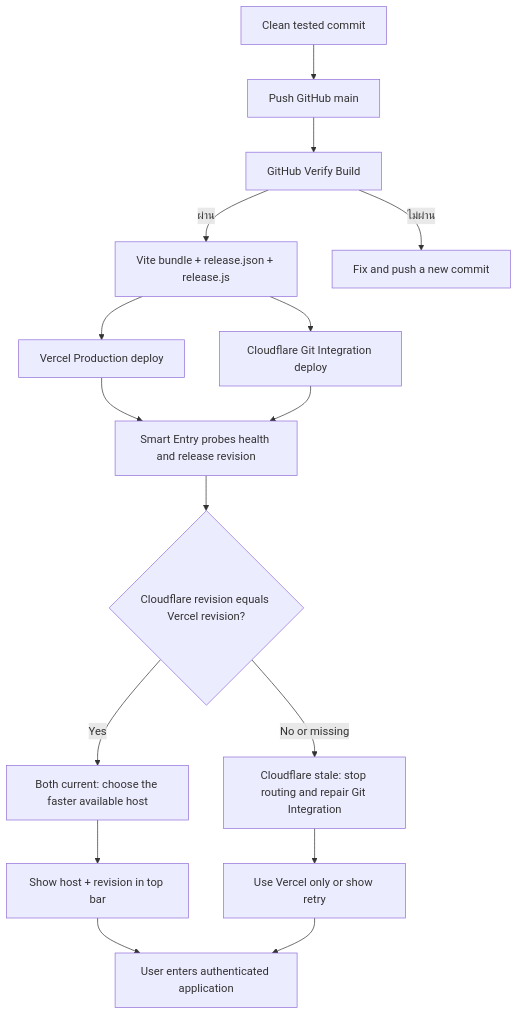
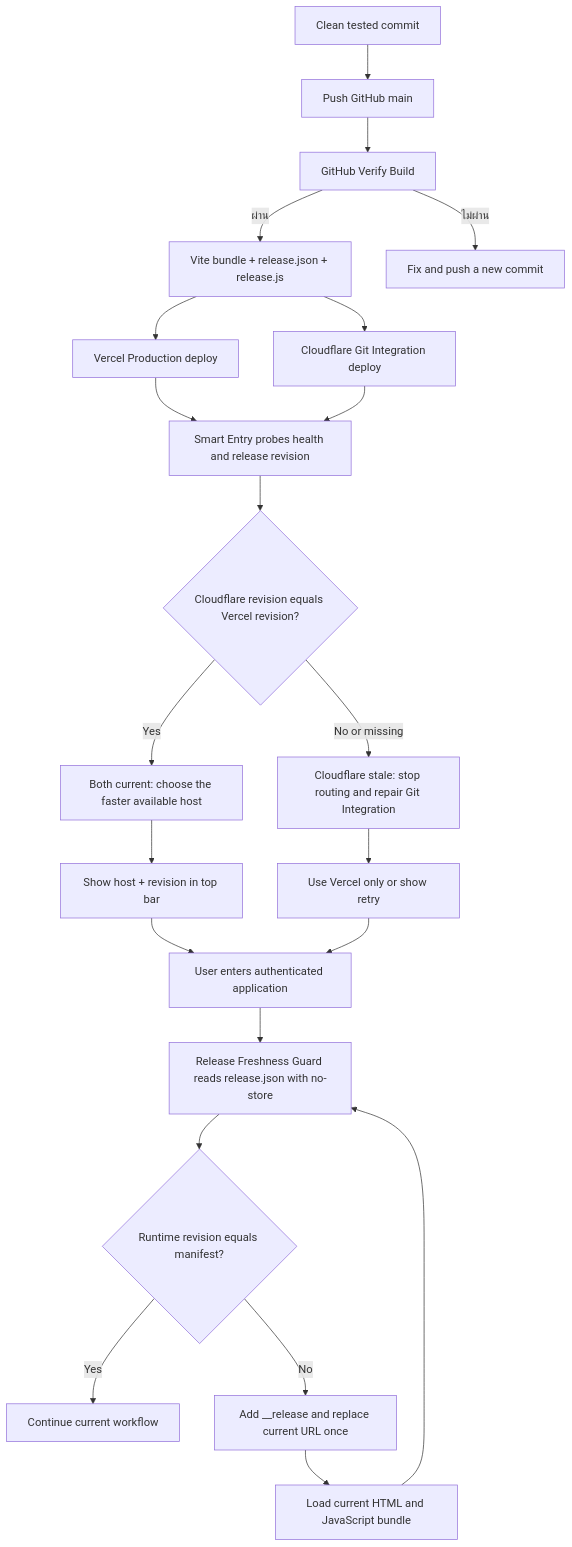
Before and after one commit to paramonjong-afk/WisdomAI: the diagram in docs/RELEASE_PARITY_FLOW.md, drawn with Mermaid. The commit also changed other lines of this file and 7 other files, not shown here.

````diff
--- a/docs/RELEASE_PARITY_FLOW.md
+++ b/docs/RELEASE_PARITY_FLOW.md
@@ -1,18 +1,24 @@
 ```mermaid
 flowchart TD
   A[Clean tested commit] --> P[Push GitHub main]
   P --> V[GitHub Verify Build]
   V -->|ผ่าน| B[Vite bundle + release.json + release.js]
   V -->|ไม่ผ่าน| X[Fix and push a new commit]
   B --> C[Vercel Production deploy]
   B --> D[Cloudflare Git Integration deploy]
   C --> E[Smart Entry probes health and release revision]
   D --> E
   E --> F{Cloudflare revision equals Vercel revision?}
   F -->|Yes| G[Both current: choose the faster available host]
   F -->|No or missing| H[Cloudflare stale: stop routing and repair Git Integration]
   G --> I[Show host + revision in top bar]
   H --> J[Use Vercel only or show retry]
   I --> K[User enters authenticated application]
   J --> K
+  K --> L[Release Freshness Guard reads release.json with no-store]
+  L --> M{Runtime revision equals manifest?}
+  M -->|Yes| N[Continue current workflow]
+  M -->|No| O[Add __release and replace current URL once]
+  O --> P2[Load current HTML and JavaScript bundle]
+  P2 --> L
 ```
````
